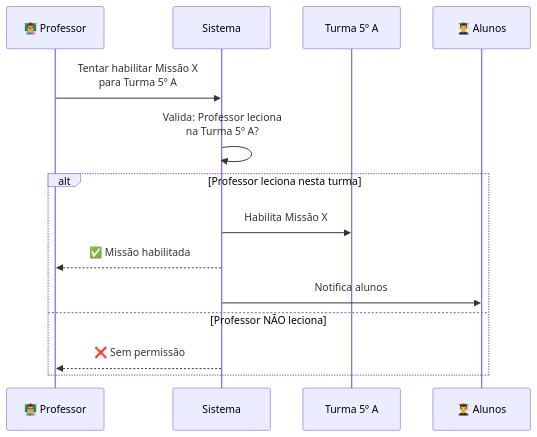
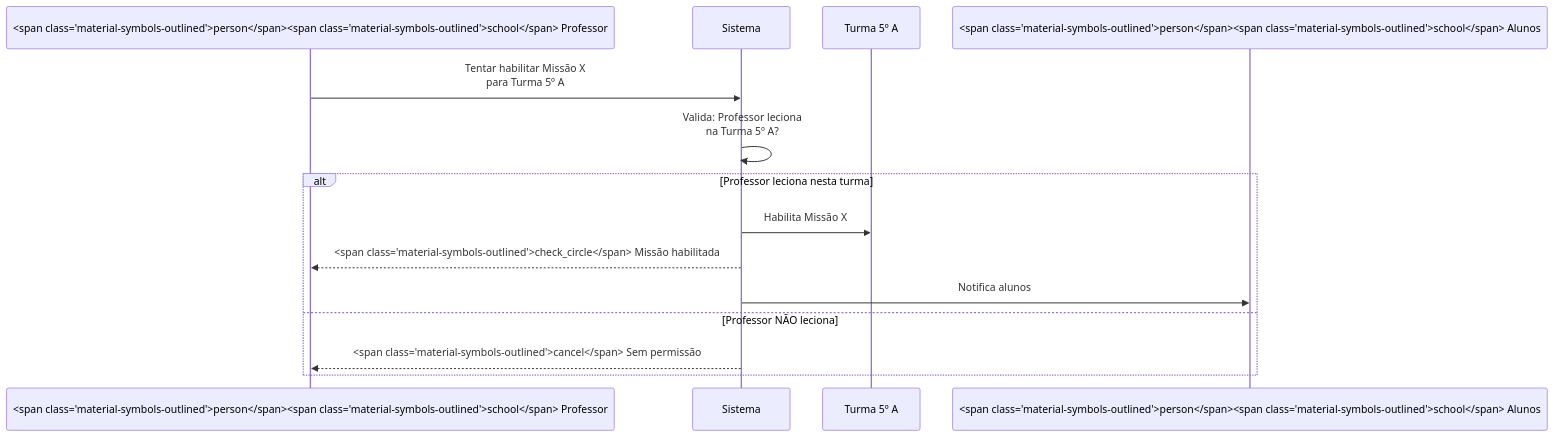
The fourth of 5 diagrams in documentation/docs/business-rules/access-control.md (fabioeducacross/Ambiente_de_Prototipacao_V5), drawn with Mermaid before and after one commit. The commit also changed other lines of this file and 46 other files, not shown here.

First line of the commit message:
feat: substitui emojis por Material Symbols icons na wiki

````diff
--- a/documentation/docs/business-rules/access-control.md
+++ b/documentation/docs/business-rules/access-control.md
@@ -202,18 +202,18 @@
 ```mermaid
 sequenceDiagram
-    participant P as 👨‍🏫 Professor
+    participant P as <span class="material-symbols-outlined">person</span>‍<span class="material-symbols-outlined">school</span> Professor
     participant S as Sistema
     participant T as Turma 5º A
-    participant A as 👨‍🎓 Alunos
+    participant A as <span class="material-symbols-outlined">person</span>‍<span class="material-symbols-outlined">school</span> Alunos
     
     P->>S: Tentar habilitar Missão X<br/>para Turma 5º A
     S->>S: Valida: Professor leciona<br/>na Turma 5º A?
     
     alt Professor leciona nesta turma
         S->>T: Habilita Missão X
-        S-->>P: ✅ Missão habilitada
+        S-->>P: <span class="material-symbols-outlined">check_circle</span> Missão habilitada
         S->>A: Notifica alunos
     else Professor NÃO leciona
-        S-->>P: ❌ Sem permissão
+        S-->>P: <span class="material-symbols-outlined">cancel</span> Sem permissão
     end
 ```
````
